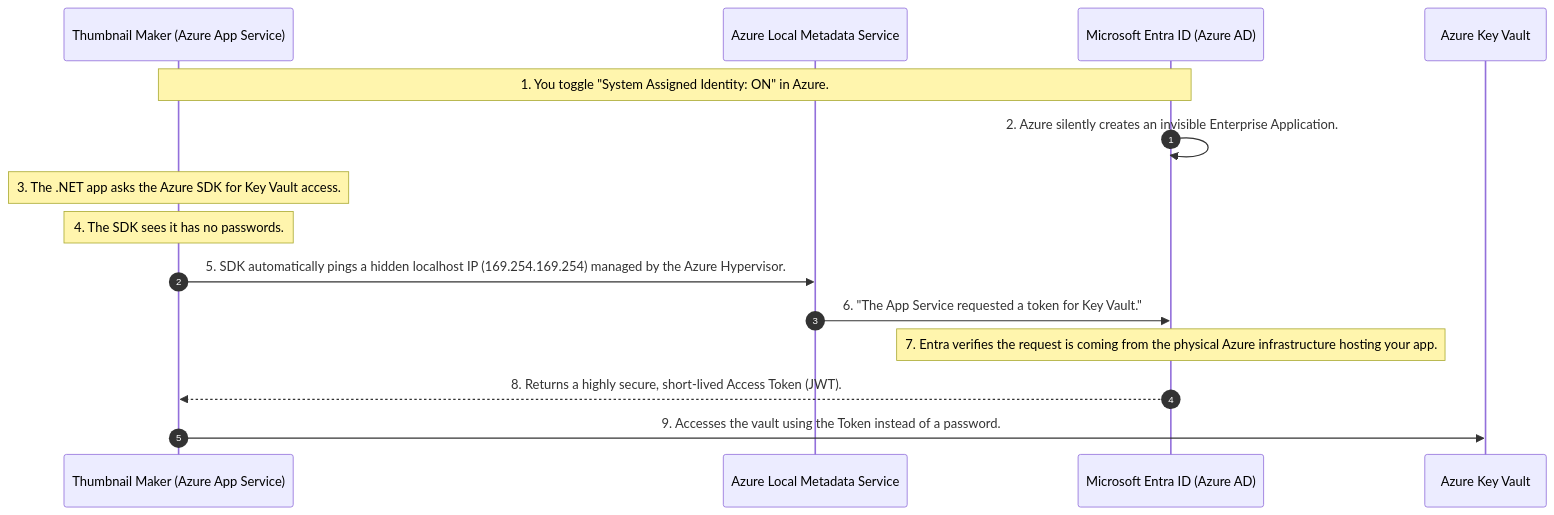
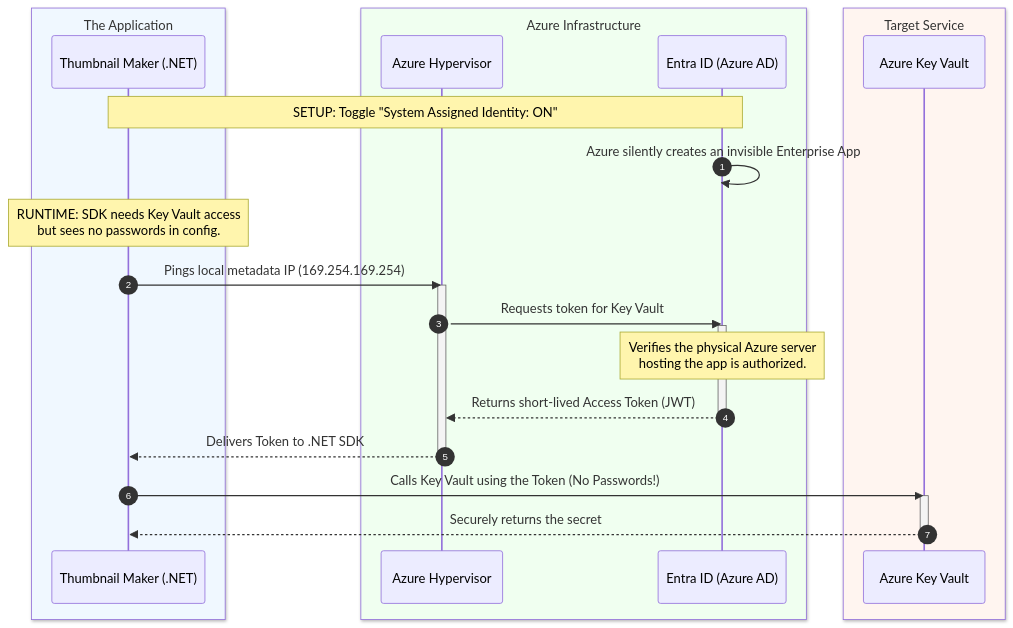
The fourth of 4 diagrams in Quiz/05_machine_to_machine_m2m_and_workload_identity.md (nirajp82/IdentityAccessManagement_IAM), drawn with Mermaid before and after one commit. The commit also changed other lines of this file, not shown here.

````diff
--- a/Quiz/05_machine_to_machine_m2m_and_workload_identity.md
+++ b/Quiz/05_machine_to_machine_m2m_and_workload_identity.md
@@ -439,23 +439,39 @@
 ```mermaid
 sequenceDiagram
     autonumber
-    participant App as Thumbnail Maker (Azure App Service)
-    participant LocalHost as Azure Local Metadata Service
-    participant Entra as Microsoft Entra ID (Azure AD)
-    participant Vault as Azure Key Vault
+    
+    box rgb(240, 248, 255) The Application
+        participant App as Thumbnail Maker (.NET)
+    end
+    box rgb(240, 255, 240) Azure Infrastructure
+        participant LocalHost as Azure Hypervisor
+        participant Entra as Entra ID (Azure AD)
+    end
+    box rgb(255, 245, 240) Target Service
+        participant Vault as Azure Key Vault
+    end
 
-    Note over App,Entra: 1. You toggle "System Assigned Identity: ON" in Azure.
-    Entra->>Entra: 2. Azure silently creates an invisible Enterprise Application.
+    Note over App,Entra: SETUP: Toggle "System Assigned Identity: ON"
+    Entra->>Entra: Azure silently creates an invisible Enterprise App
+
+    Note over App: RUNTIME: SDK needs Key Vault access<br/>but sees no passwords in config.
     
-    Note over App: 3. The .NET app asks the Azure SDK for Key Vault access.
-    Note over App: 4. The SDK sees it has no passwords.
+    App->>LocalHost: Pings local metadata IP (169.254.169.254)
+    activate LocalHost
     
-    App->>LocalHost: 5. SDK automatically pings a hidden localhost IP (169.254.169.254) managed by the Azure Hypervisor.
-    LocalHost->>Entra: 6. "The App Service requested a token for Key Vault."
+    LocalHost->>Entra: Requests token for Key Vault
+    activate Entra
     
-    Note over Entra: 7. Entra verifies the request is coming from the physical Azure infrastructure hosting your app.
-    Entra-->>App: 8. Returns a highly secure, short-lived Access Token (JWT).
+    Note over Entra: Verifies the physical Azure server<br/>hosting the app is authorized.
+    Entra-->>LocalHost: Returns short-lived Access Token (JWT)
+    deactivate Entra
     
-    App->>Vault: 9. Accesses the vault using the Token instead of a password.
+    LocalHost-->>App: Delivers Token to .NET SDK
+    deactivate LocalHost
+    
+    App->>Vault: Calls Key Vault using the Token (No Passwords!)
+    activate Vault
+    Vault-->>App: Securely returns the secret
+    deactivate Vault
 
 ```
````
